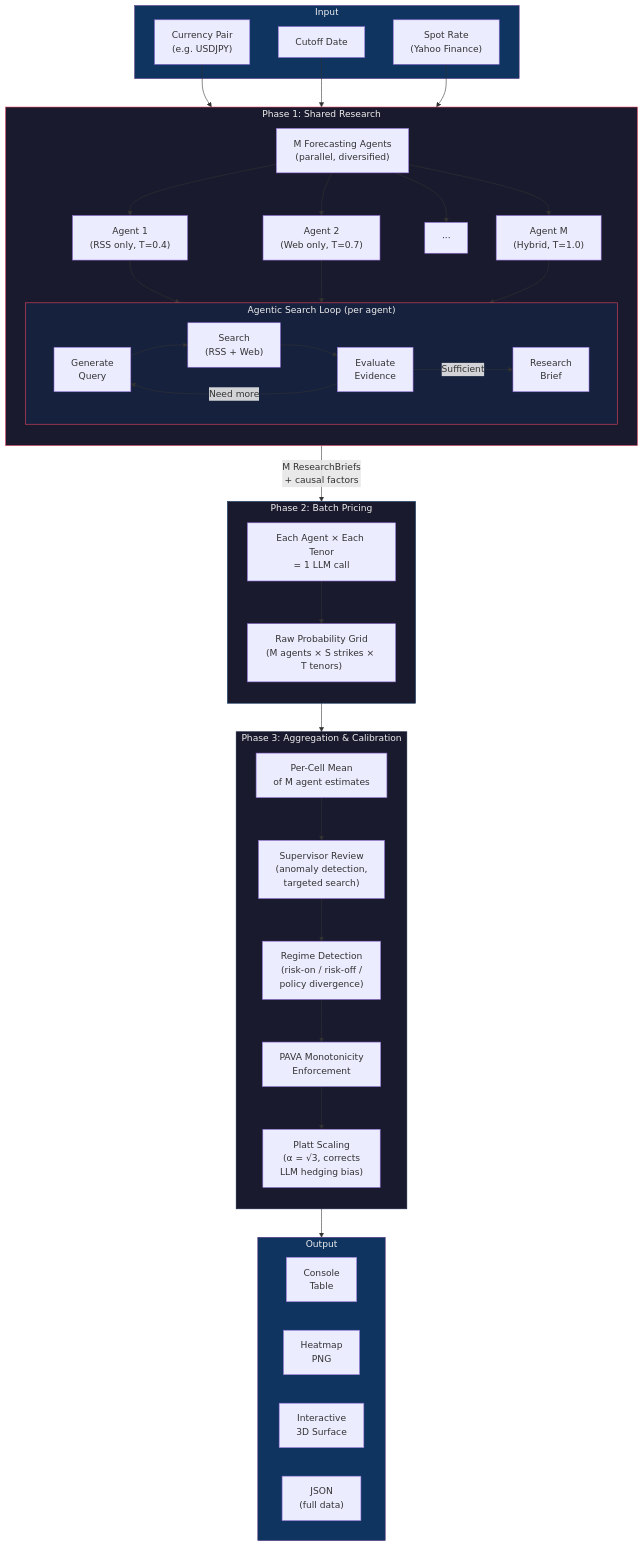
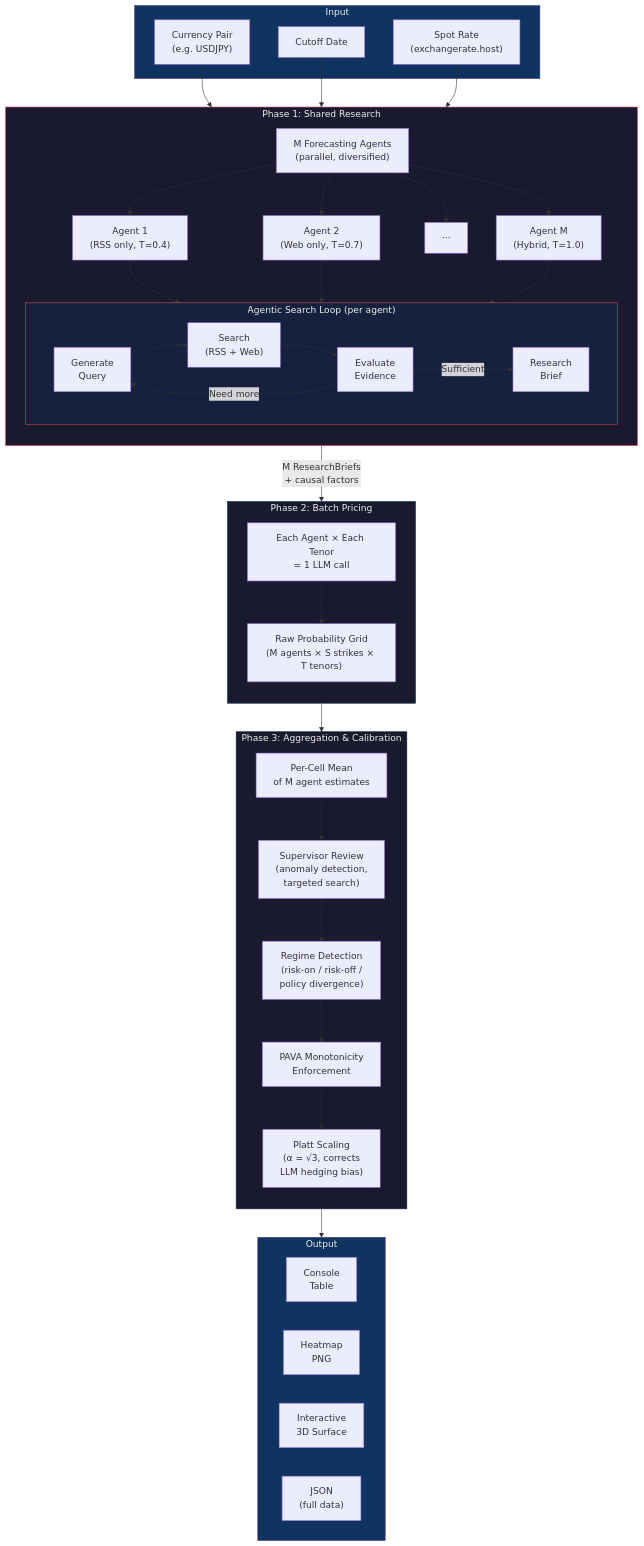
The first of 3 diagrams in README.md (neoyipeng2018/AIA-Forecaster-CC), drawn with Mermaid before and after one commit. The commit also changed other lines of this file and 8 other files, not shown here.

````diff
--- a/README.md
+++ b/README.md
@@ -226,65 +226,65 @@
 ```mermaid
 flowchart TB
     subgraph Input
         pair["Currency Pair\n(e.g. USDJPY)"]
         cutoff["Cutoff Date"]
-        spot["Spot Rate\n(Yahoo Finance)"]
+        spot["Spot Rate\n(exchangerate.host)"]
     end
 
     pair & cutoff & spot --> Phase1
 
     subgraph Phase1["Phase 1: Shared Research"]
         direction TB
         agents["M Forecasting Agents\n(parallel, diversified)"]
         agents --> a1["Agent 1\n(RSS only, T=0.4)"]
         agents --> a2["Agent 2\n(Web only, T=0.7)"]
         agents --> dots["···"]
         agents --> aM["Agent M\n(Hybrid, T=1.0)"]
 
         subgraph search["Agentic Search Loop (per agent)"]
             direction LR
             q1["Generate\nQuery"] --> s1["Search\n(RSS + Web)"]
             s1 --> ev["Evaluate\nEvidence"]
             ev -->|"Need more"| q1
             ev -->|"Sufficient"| brief["Research\nBrief"]
         end
 
         a1 & a2 & aM --> search
     end
 
     subgraph Phase2["Phase 2: Batch Pricing"]
         direction TB
         pricing["Each Agent × Each Tenor\n= 1 LLM call"]
         pricing --> grid["Raw Probability Grid\n(M agents × S strikes × T tenors)"]
     end
 
     Phase1 -->|"M ResearchBriefs\n+ causal factors"| Phase2
 
     subgraph Phase3["Phase 3: Aggregation & Calibration"]
         direction TB
         mean["Per-Cell Mean\nof M agent estimates"]
         mean --> sup["Supervisor Review\n(anomaly detection,\ntargeted search)"]
         sup --> regime["Regime Detection\n(risk-on / risk-off /\npolicy divergence)"]
         regime --> pava["PAVA Monotonicity\nEnforcement"]
         pava --> platt["Platt Scaling\n(α = √3, corrects\nLLM hedging bias)"]
     end
 
     Phase2 --> Phase3
 
     subgraph Output
         direction LR
         table["Console\nTable"]
         png["Heatmap\nPNG"]
         html["Interactive\n3D Surface"]
         json["JSON\n(full data)"]
     end
 
     Phase3 --> Output
 
     style Phase1 fill:#1a1a2e,stroke:#e94560,color:#eee
     style Phase2 fill:#1a1a2e,stroke:#0f3460,color:#eee
     style Phase3 fill:#1a1a2e,stroke:#16213e,color:#eee
     style Input fill:#0f3460,stroke:#533483,color:#eee
     style Output fill:#0f3460,stroke:#533483,color:#eee
     style search fill:#16213e,stroke:#e94560,color:#eee
 ```
````
